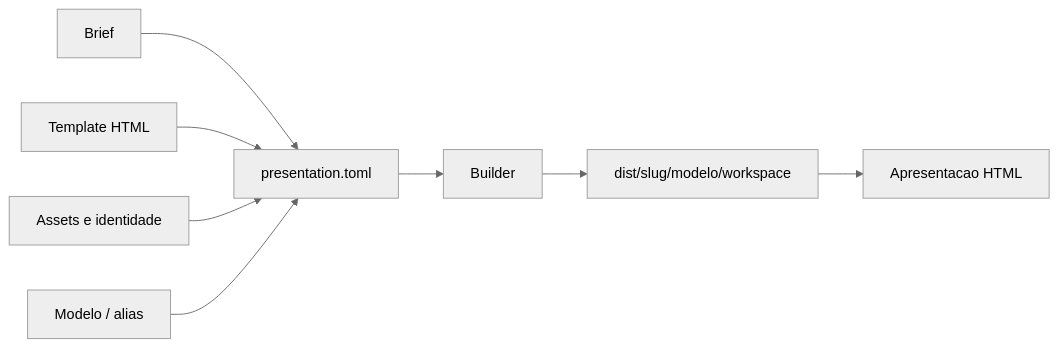
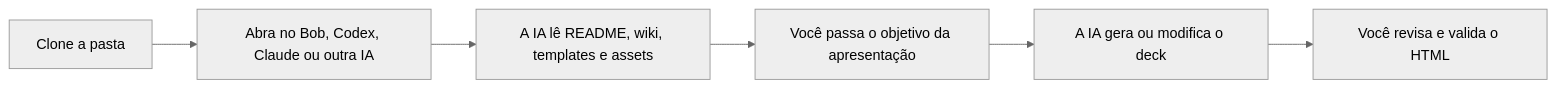
One commit to ce-bsb/presentation-factory changed the first of 2 diagrams in README.md. Above: the diagram before and after it, drawn with Mermaid (neutral theme). The commit also changed other lines of this file, not shown here.

````diff
--- a/README.md
+++ b/README.md
@@ -15,10 +12,8 @@
 ```mermaid
 flowchart LR
-    A[Brief] --> E[presentation.toml]
-    B[Template HTML] --> E
-    C[Assets e identidade] --> E
-    D[Modelo / alias] --> E
-    E --> F[Builder]
-    F --> G["dist/slug/modelo/workspace"]
-    G --> H["Apresentacao HTML"]
+    A["Clone a pasta"] --> B["Abra no Bob, Codex, Claude ou outra IA"]
+    B --> C["A IA lê README, wiki, templates e assets"]
+    C --> D["Você passa o objetivo da apresentação"]
+    D --> E["A IA gera ou modifica o deck"]
+    E --> F["Você revisa e valida o HTML"]
 ```
````
